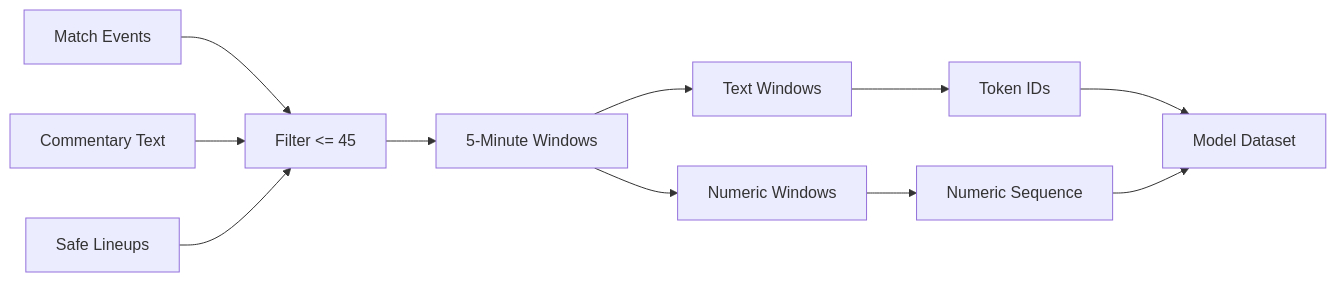
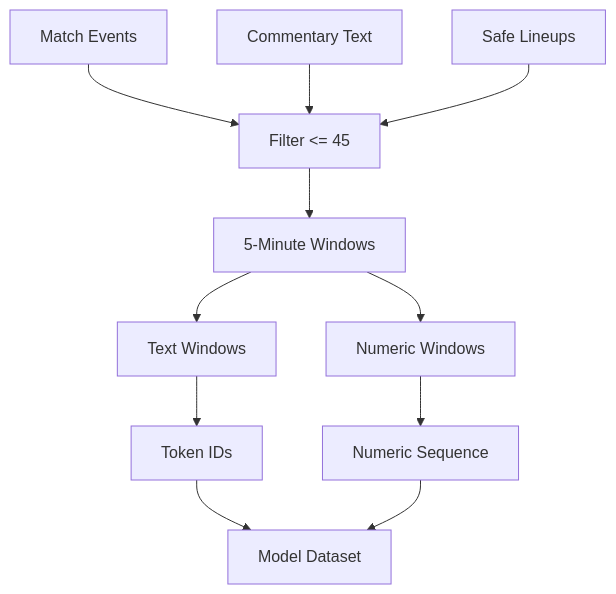
The second of 3 diagrams in docs/architecture.md (oguzhanozkaya/football-inplay-prediction), drawn with Mermaid before and after one commit. The commit also changed other lines of this file and 11 other files, not shown here.

````diff
--- a/docs/architecture.md
+++ b/docs/architecture.md
@@ -58,13 +58,13 @@
 ```mermaid
-flowchart LR
+flowchart TD
     A[Match Events] --> B[Filter <= 45]
     C[Commentary Text] --> B
     D[Safe Lineups] --> B
     B --> E[5-Minute Windows]
     E --> F[Text Windows]
     E --> G[Numeric Windows]
     F --> H[Token IDs]
     G --> I[Numeric Sequence]
     H --> J[Model Dataset]
     I --> J
 ```
````
